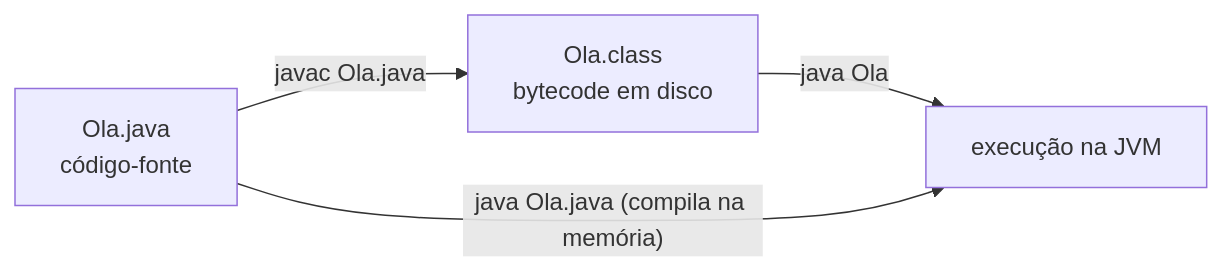
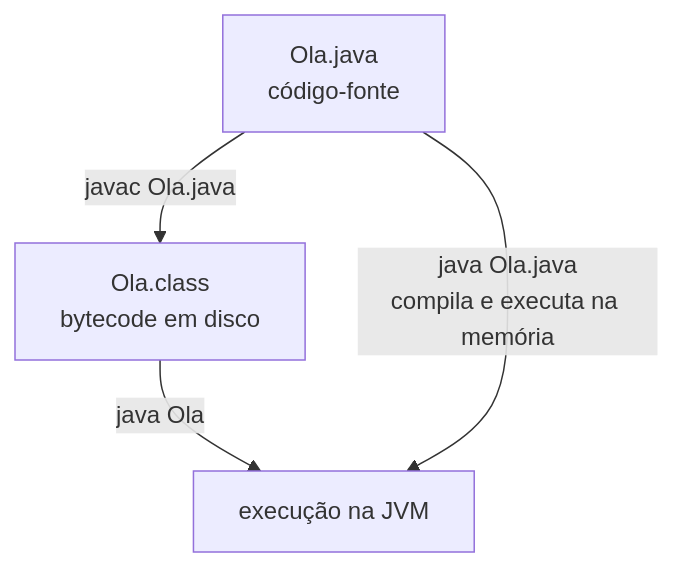
The diagram in src/capitulos/02-execucao.md (viniciusdias2902/livro_java), drawn with Mermaid before and after one commit. The commit also changed other lines of this file and 2 other files, not shown here.

Commit message:
Fix execution diagram and theme label

````diff
--- a/src/capitulos/02-execucao.md
+++ b/src/capitulos/02-execucao.md
@@ -167,9 +167,9 @@
 ```mermaid
-flowchart LR
-    F["Ola.java<br>código-fonte"]
-    C["Ola.class<br>bytecode em disco"]
-    E["execução na JVM"]
-    F -->|"javac Ola.java"| C
-    C -->|"java Ola"| E
-    F -->|"java Ola.java (compila na memória)"| E
+flowchart TB
+    F["Ola.java<br/>código-fonte"]
+
+    F -->|"javac Ola.java"| C["Ola.class<br/>bytecode em disco"]
+    C -->|"java Ola"| E["execução na JVM"]
+
+    F -->|"java Ola.java<br/>compila e executa na memória"| E
 ```
````
